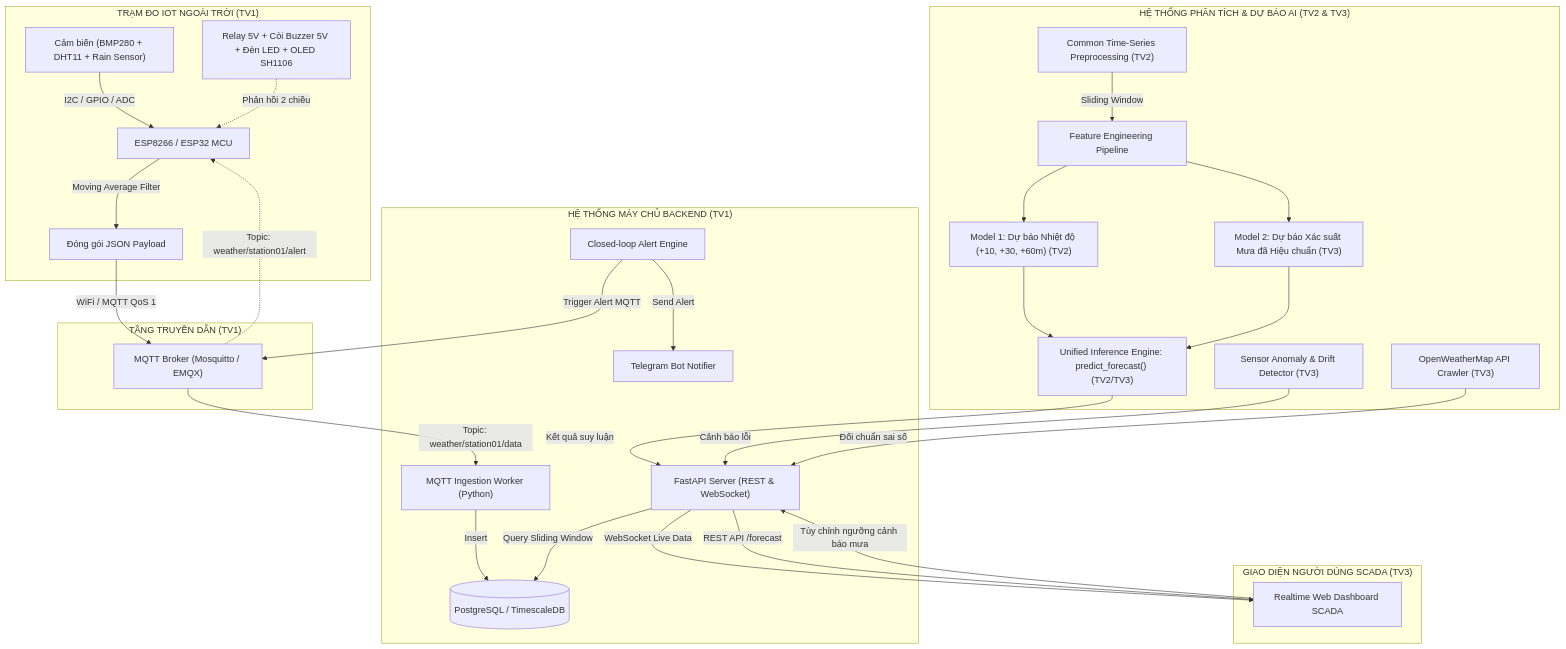
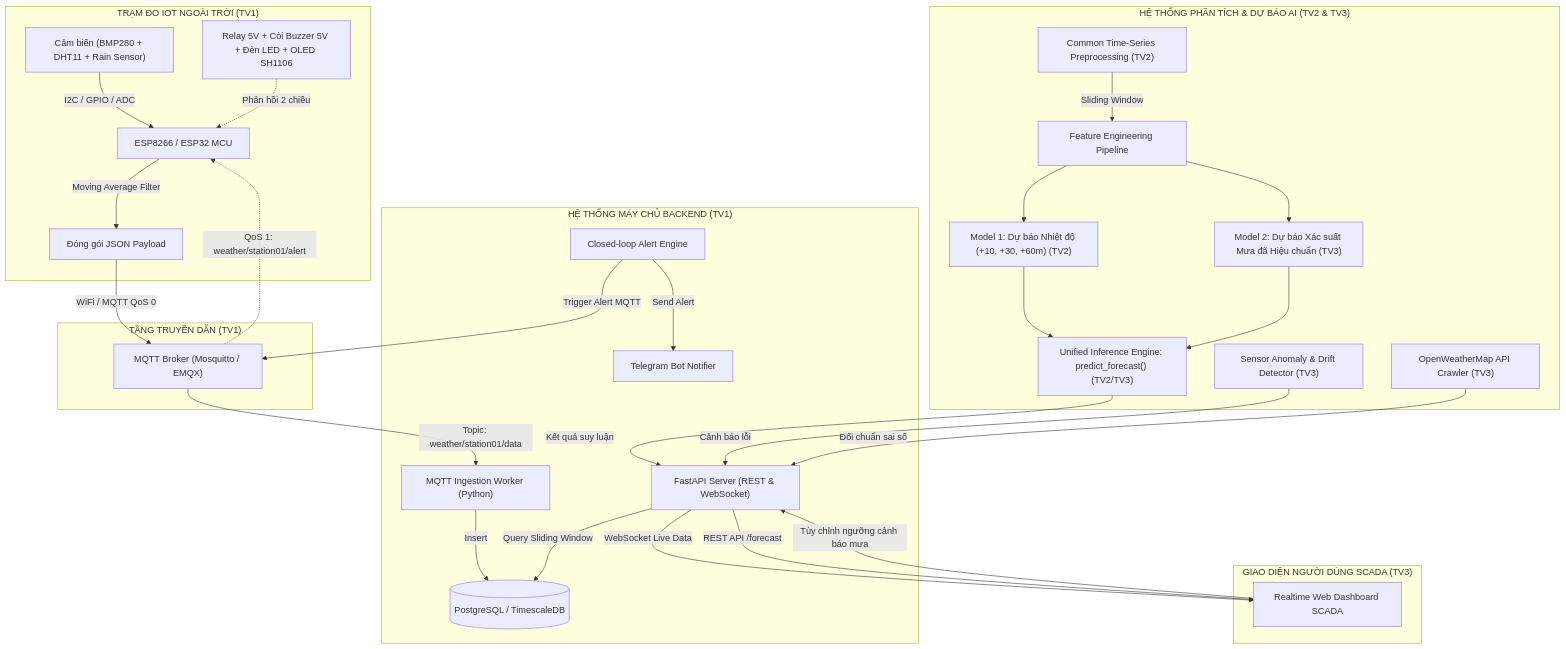
Before and after one commit to IoTWeatherForecastingProject/IoT_Weather_Forecasting_Project: the diagram in README.md, drawn with Mermaid. The commit also changed 9 other files, not shown here.

Commit message:
fix(firmware): prepare NodeMCU station for hardware validation [IOT-03]

````diff
--- a/README.md
+++ b/README.md
@@ -32,37 +32,37 @@
 ```mermaid
 flowchart TD
     subgraph IoT_Station["TRẠM ĐO IOT NGOÀI TRỜI (TV1)"]
         Sensors["Cảm biến (BMP280 + DHT11 + Rain Sensor)"] -->|I2C / GPIO / ADC| MCU["ESP8266 / ESP32 MCU"]
         MCU -->|Moving Average Filter| Payload["Đóng gói JSON Payload"]
         Actuators["Relay 5V + Còi Buzzer 5V + Đèn LED + OLED SH1106"] -.->|Phản hồi 2 chiều| MCU
     end
 
     subgraph Communication["TẦNG TRUYỀN DẪN (TV1)"]
-        Payload -->|WiFi / MQTT QoS 1| Broker["MQTT Broker (Mosquitto / EMQX)"]
-        Broker -.->|Topic: weather/station01/alert| MCU
+        Payload -->|WiFi / MQTT QoS 0| Broker["MQTT Broker (Mosquitto / EMQX)"]
+        Broker -.->|QoS 1: weather/station01/alert| MCU
     end
 
     subgraph Backend_Layer["HỆ THỐNG MÁY CHỦ BACKEND (TV1)"]
         Broker -->|Topic: weather/station01/data| Ingestion["MQTT Ingestion Worker (Python)"]
         Ingestion -->|Insert| DB[("PostgreSQL / TimescaleDB")]
         API["FastAPI Server (REST & WebSocket)"] -->|Query Sliding Window| DB
         AlertEngine["Closed-loop Alert Engine"] -->|Trigger Alert MQTT| Broker
         AlertEngine -->|Send Alert| TelegramBot["Telegram Bot Notifier"]
     end
 
     subgraph AI_Subsystem["HỆ THỐNG PHÂN TÍCH & DỰ BÁO AI (TV2 & TV3)"]
         CommonPrep["Common Time-Series Preprocessing (TV2)"] -->|Sliding Window| Features["Feature Engineering Pipeline"]
         Features --> Model1["Model 1: Dự báo Nhiệt độ (+10, +30, +60m) (TV2)"]
         Features --> Model2["Model 2: Dự báo Xác suất Mưa đã Hiệu chuẩn (TV3)"]
         Model1 & Model2 --> UnifiedEngine["Unified Inference Engine: predict_forecast() (TV2/TV3)"]
         UnifiedEngine -->|Kết quả suy luận| API
         AnomalyDetector["Sensor Anomaly & Drift Detector (TV3)"] -->|Cảnh báo lỗi| API
         OpenWeatherCrawler["OpenWeatherMap API Crawler (TV3)"] -->|Đối chuẩn sai số| API
     end
 
     subgraph Presentation["GIAO DIỆN NGƯỜI DÙNG SCADA (TV3)"]
         API -->|WebSocket Live Data| Dashboard["Realtime Web Dashboard SCADA"]
         API -->|REST API /forecast| Dashboard
         Dashboard -->|Tùy chỉnh ngưỡng cảnh báo mưa| API
     end
 ```
````
